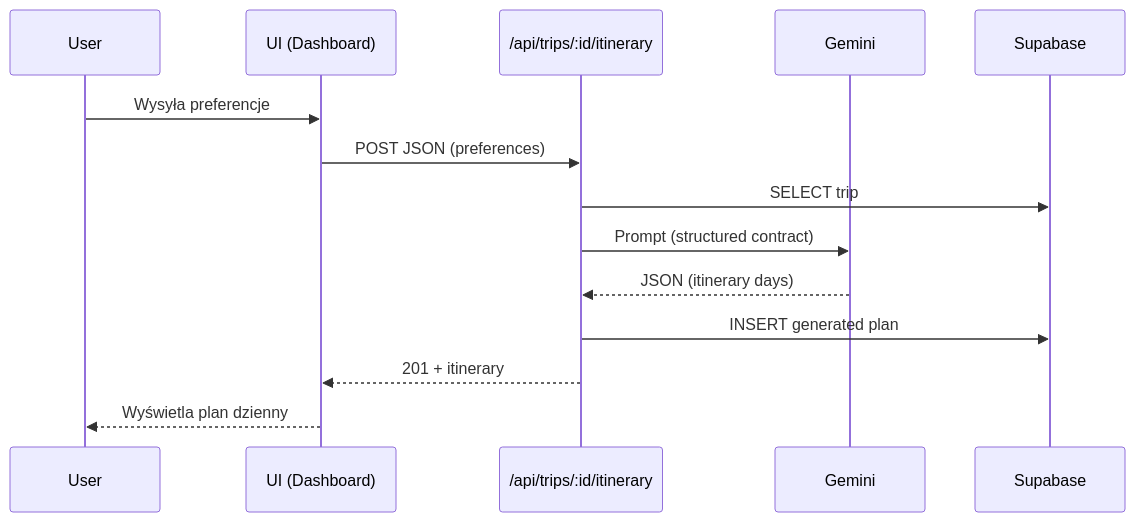
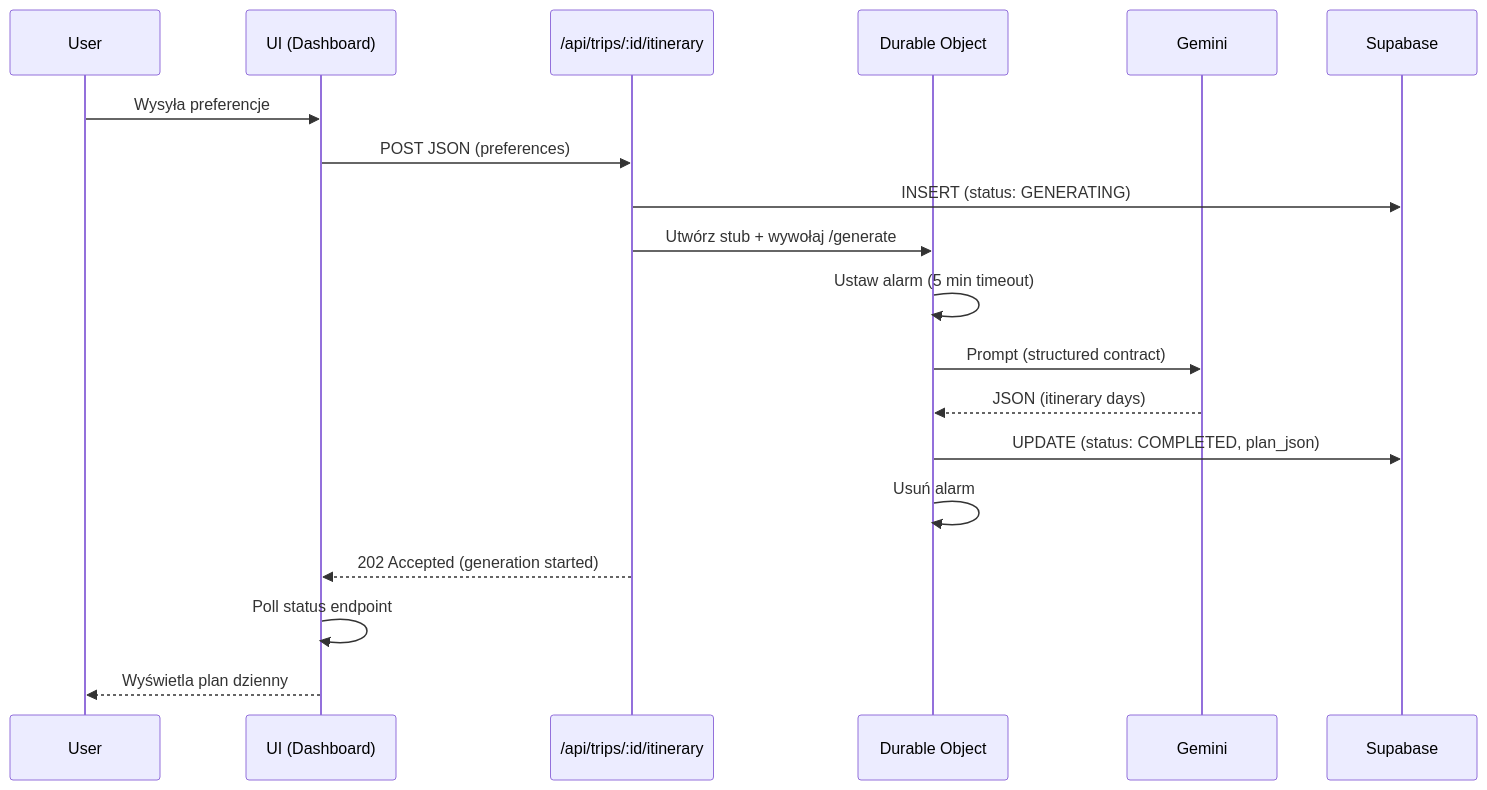
One commit to creatlyre/TripCrafti changed the third of 6 diagrams in docs/architecture.md. Above: the diagram before and after it, drawn with Mermaid. The commit also changed other lines of this file and 9 other files, not shown here.

````diff
--- a/docs/architecture.md
+++ b/docs/architecture.md
@@ -35,17 +36,22 @@
 ```mermaid
 sequenceDiagram
   participant U as User
   participant UI as UI (Dashboard)
   participant API as /api/trips/:id/itinerary
+  participant DO as Durable Object
   participant G as Gemini
   participant DB as Supabase
 
   U->>UI: Wysyła preferencje
   UI->>API: POST JSON (preferences)
-  API->>DB: SELECT trip
-  API->>G: Prompt (structured contract)
-  G-->>API: JSON (itinerary days)
-  API->>DB: INSERT generated plan
-  API-->>UI: 201 + itinerary
+  API->>DB: INSERT (status: GENERATING)
+  API->>DO: Utwórz stub + wywołaj /generate
+  DO->>DO: Ustaw alarm (5 min timeout)
+  DO->>G: Prompt (structured contract)
+  G-->>DO: JSON (itinerary days)
+  DO->>DB: UPDATE (status: COMPLETED, plan_json)
+  DO->>DO: Usuń alarm
+  API-->>UI: 202 Accepted (generation started)
+  UI->>UI: Poll status endpoint
   UI-->>U: Wyświetla plan dzienny
 ```
````
